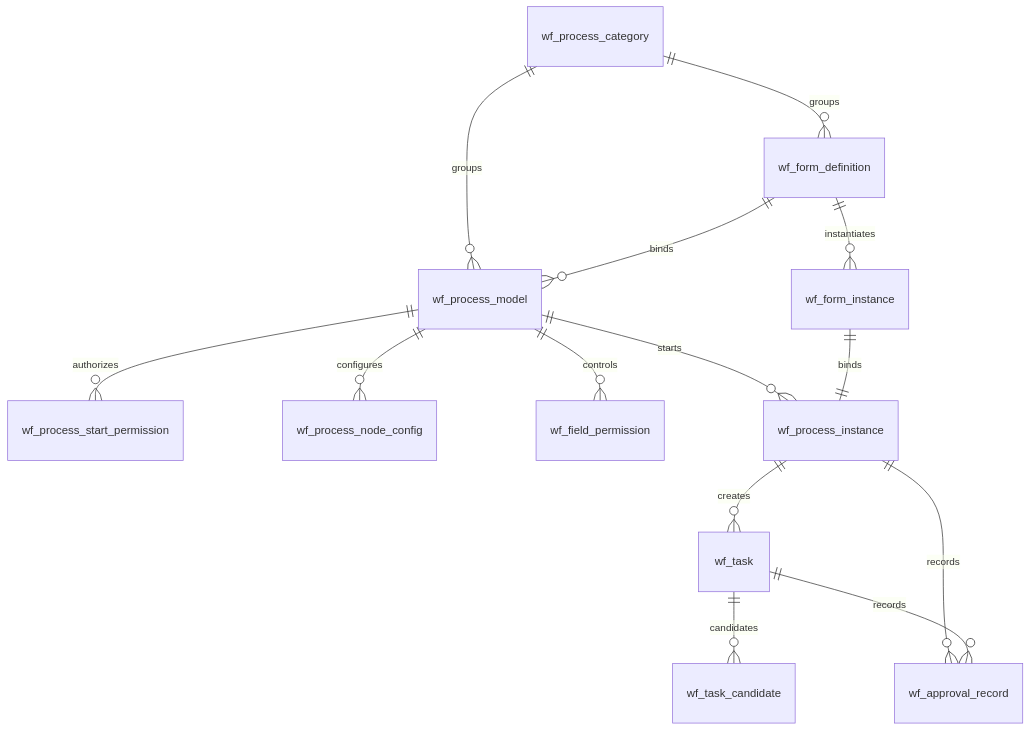
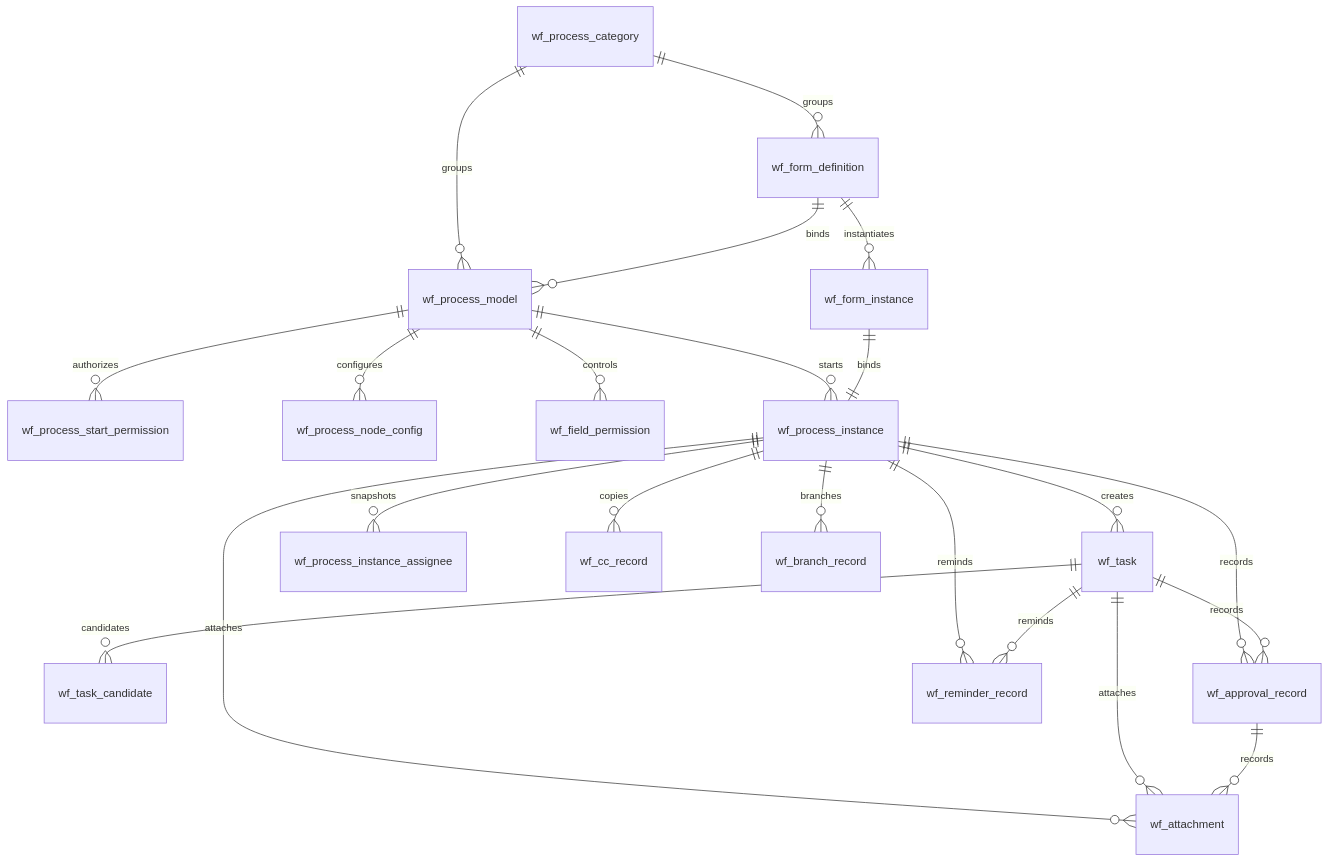
Before and after one commit to waztyzdj/law-office: the fourth of 4 diagrams in docs/03-database/table-relations.md, drawn with Mermaid. The commit also changed other lines of this file and 5 other files, not shown here.

````diff
--- a/docs/03-database/table-relations.md
+++ b/docs/03-database/table-relations.md
@@ -40,16 +40,24 @@
 ```mermaid
 erDiagram
   wf_process_category ||--o{ wf_form_definition : groups
   wf_process_category ||--o{ wf_process_model : groups
   wf_form_definition ||--o{ wf_process_model : binds
   wf_form_definition ||--o{ wf_form_instance : instantiates
   wf_process_model ||--o{ wf_process_start_permission : authorizes
   wf_process_model ||--o{ wf_process_node_config : configures
   wf_process_model ||--o{ wf_field_permission : controls
   wf_process_model ||--o{ wf_process_instance : starts
   wf_form_instance ||--|| wf_process_instance : binds
   wf_process_instance ||--o{ wf_task : creates
+  wf_process_instance ||--o{ wf_process_instance_assignee : snapshots
   wf_task ||--o{ wf_task_candidate : candidates
   wf_process_instance ||--o{ wf_approval_record : records
   wf_task ||--o{ wf_approval_record : records
+  wf_process_instance ||--o{ wf_cc_record : copies
+  wf_process_instance ||--o{ wf_reminder_record : reminds
+  wf_task ||--o{ wf_reminder_record : reminds
+  wf_process_instance ||--o{ wf_attachment : attaches
+  wf_task ||--o{ wf_attachment : attaches
+  wf_approval_record ||--o{ wf_attachment : records
+  wf_process_instance ||--o{ wf_branch_record : branches
 ```
````
